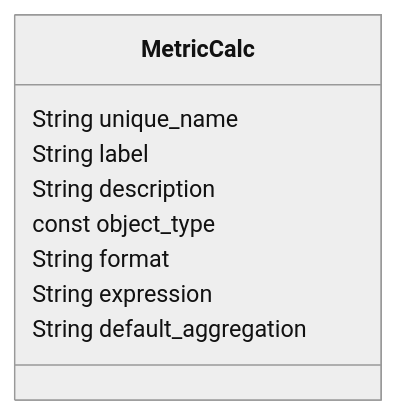
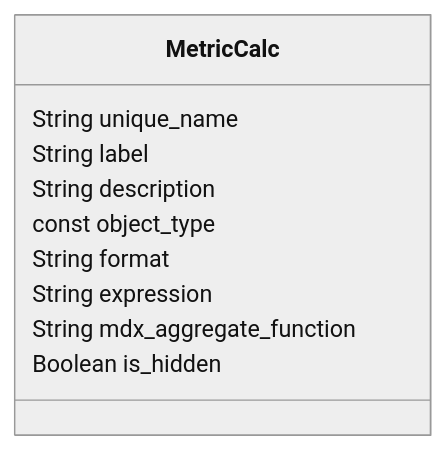
Before and after one commit to AlchemyTechLabsInc/SML: the diagram in sml-reference/calculation.md, drawn with Mermaid (neutral theme).

Commit message:
fix: inconsistencies in calculation.md

````diff
--- a/sml-reference/calculation.md
+++ b/sml-reference/calculation.md
@@ -24,12 +24,13 @@
 ```mermaid
 classDiagram
     class MetricCalc{
       String unique_name
       String label
       String description
       const object_type
       String format
       String expression
-      String default_aggregation
+      String mdx_aggregate_function
+      Boolean is_hidden
     }
 ```
````
